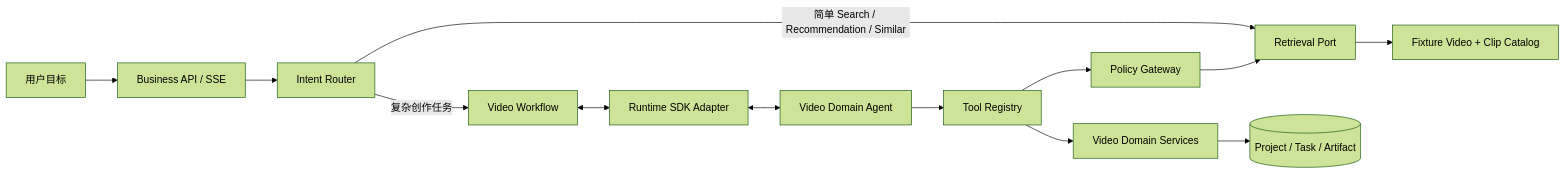
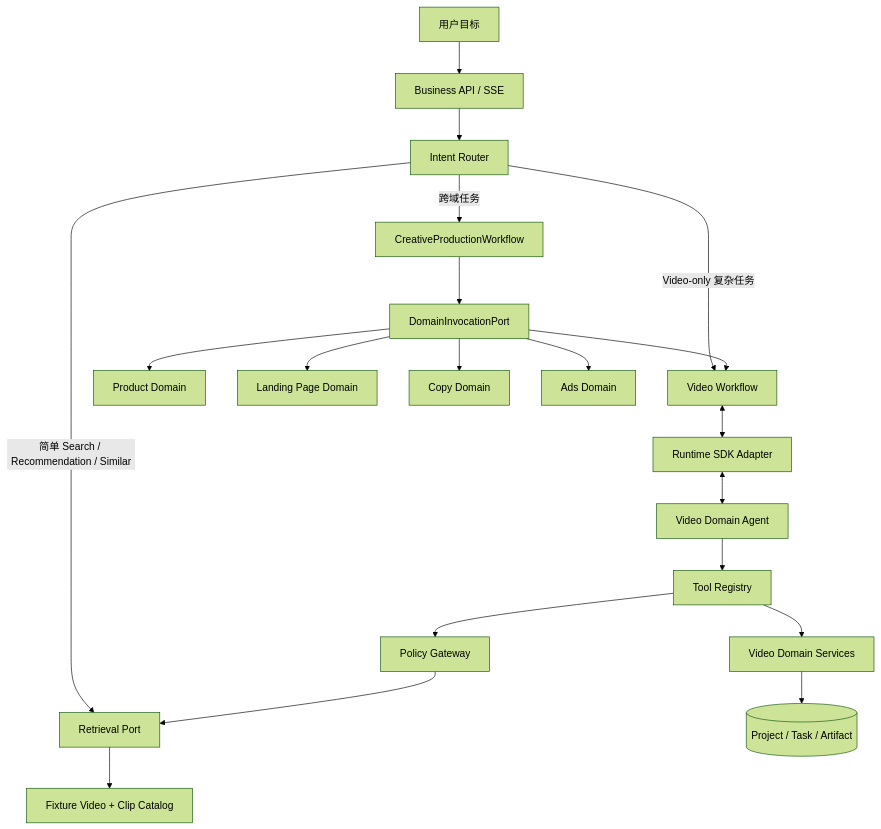
One commit to human-cosmos/search-rec-docs changed the first of 5 diagrams in 03_VideoDomain架构设计.md. Above: the diagram before and after it, drawn with Mermaid (forest theme). The commit also changed other lines of this file and 12 other files, not shown here.

````diff
--- a/03_VideoDomain架构设计.md
+++ b/03_VideoDomain架构设计.md
@@ -30,15 +39,22 @@
 ```mermaid
-flowchart LR
+flowchart TB
   U[用户目标] --> API[Business API / SSE]
   API --> ROUTER[Intent Router]
   ROUTER -->|简单 Search / Recommendation / Similar| MOCK[Retrieval Port]
-  ROUTER -->|复杂创作任务| WF[Video Workflow]
-  WF <--> RT[Runtime SDK Adapter]
+  ROUTER -->|Video-only 复杂任务| VWF[Video Workflow]
+  ROUTER -->|跨域任务| CWF[CreativeProductionWorkflow]
+  CWF --> DIP[DomainInvocationPort]
+  DIP --> PRODUCT[Product Domain]
+  DIP --> LANDING[Landing Page Domain]
+  DIP --> COPY[Copy Domain]
+  DIP --> ADS[Ads Domain]
+  DIP --> VWF
+  VWF <--> RT[Runtime SDK Adapter]
   RT <--> AGENT[Video Domain Agent]
   AGENT --> TOOLS[Tool Registry]
   TOOLS --> POLICY[Policy Gateway]
   POLICY --> MOCK
   TOOLS --> DOMAIN[Video Domain Services]
   DOMAIN --> DB[(Project / Task / Artifact)]
   MOCK --> FIXTURES[Fixture Video + Clip Catalog]
 ```
````
